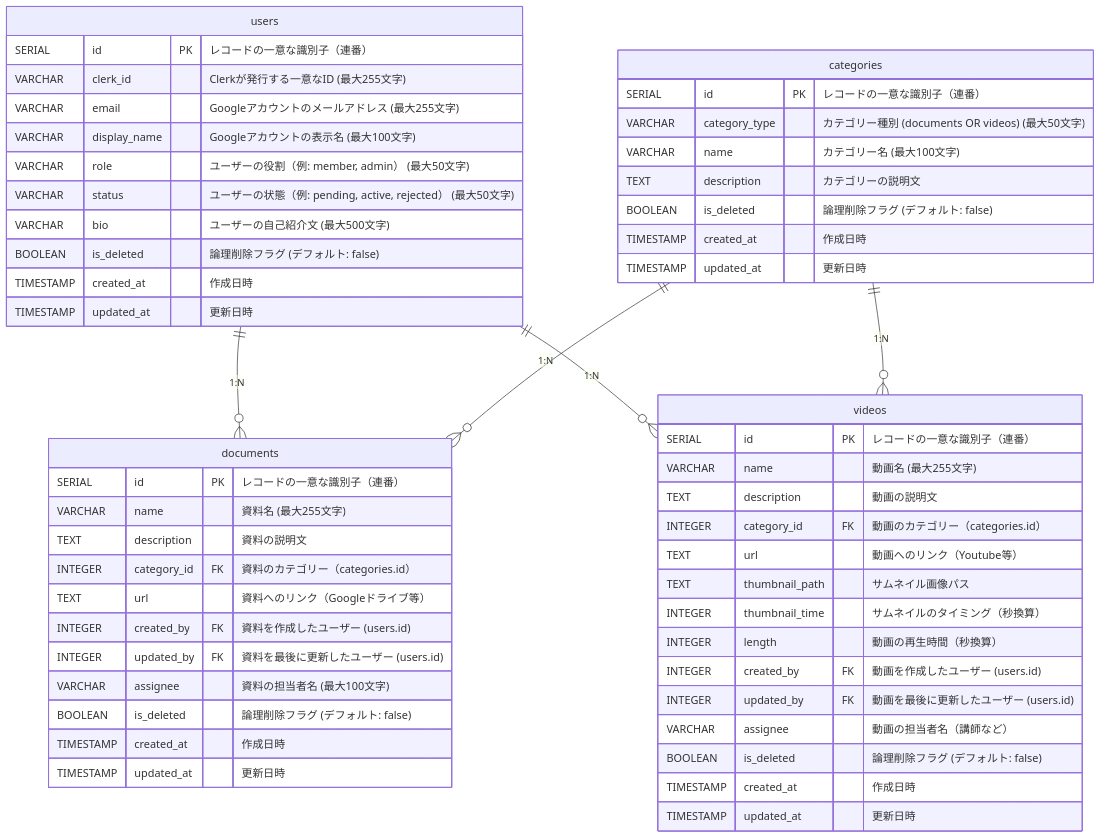
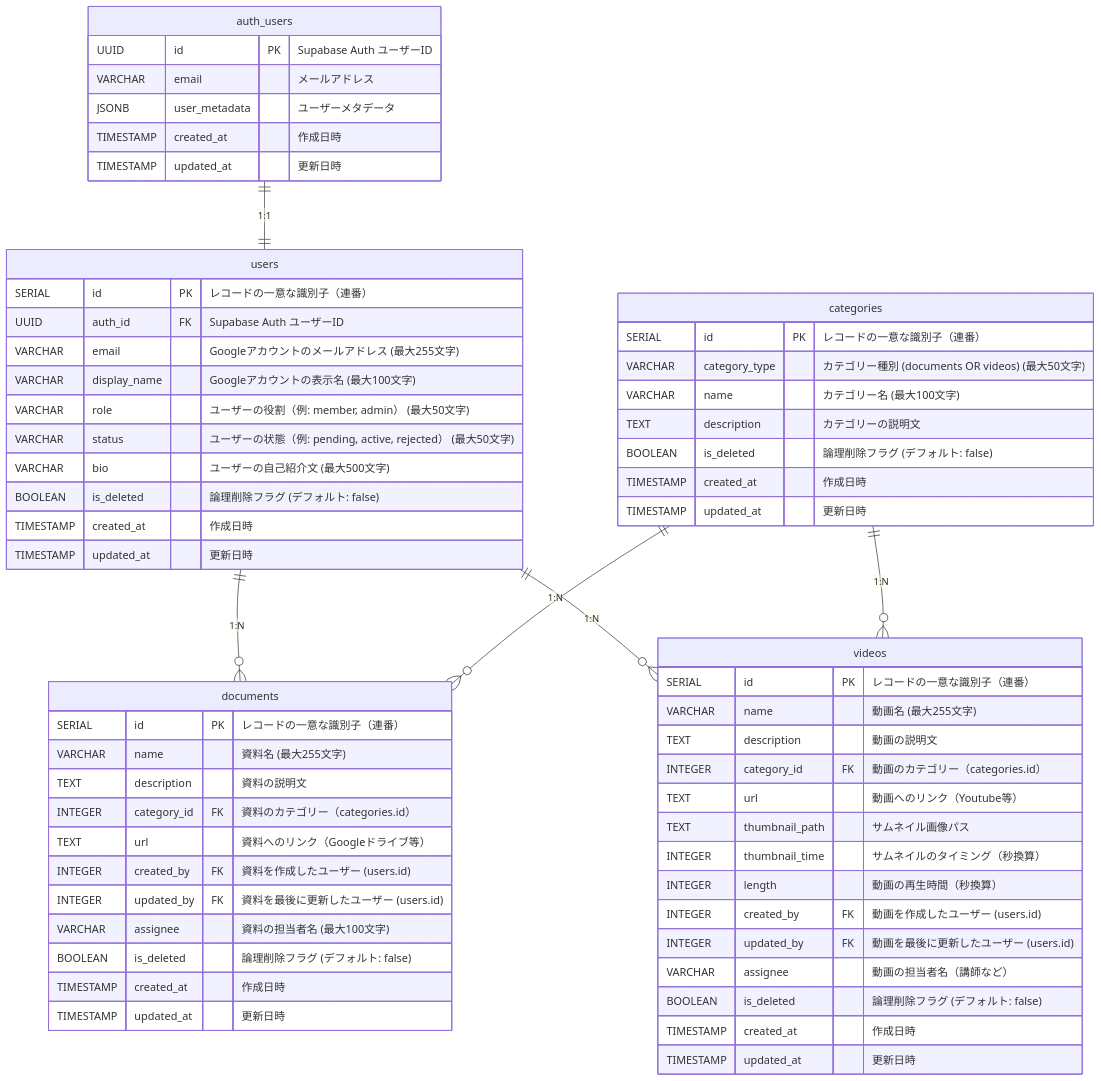
One commit to Singuralitylabs/portal-site changed the diagram in docs/database.md. Above: the diagram before and after it, drawn with Mermaid. The commit also changed other lines of this file and 2 other files, not shown here.

````diff
--- a/docs/database.md
+++ b/docs/database.md
@@ -92,61 +92,70 @@
 ```mermaid
 erDiagram
+    auth_users {
+        UUID id PK "Supabase Auth ユーザーID"
+        VARCHAR email "メールアドレス"
+        JSONB user_metadata "ユーザーメタデータ"
+        TIMESTAMP created_at "作成日時"
+        TIMESTAMP updated_at "更新日時"
+    }
+
     users {
         SERIAL id PK "レコードの一意な識別子（連番）"
-        VARCHAR clerk_id "Clerkが発行する一意なID (最大255文字)"
+        UUID auth_id FK "Supabase Auth ユーザーID"
         VARCHAR email "Googleアカウントのメールアドレス (最大255文字)"
         VARCHAR display_name "Googleアカウントの表示名 (最大100文字)"
         VARCHAR role "ユーザーの役割（例: member, admin） (最大50文字)"
         VARCHAR status "ユーザーの状態（例: pending, active, rejected） (最大50文字)"
         VARCHAR bio "ユーザーの自己紹介文 (最大500文字)"
         BOOLEAN is_deleted "論理削除フラグ (デフォルト: false)"
         TIMESTAMP created_at "作成日時"
         TIMESTAMP updated_at "更新日時"
     }
 
     documents {
         SERIAL id PK "レコードの一意な識別子（連番）"
         VARCHAR name "資料名 (最大255文字)"
         TEXT description "資料の説明文"
         INTEGER category_id FK "資料のカテゴリー（categories.id）"
         TEXT url "資料へのリンク（Googleドライブ等）"
         INTEGER created_by FK "資料を作成したユーザー (users.id)"
         INTEGER updated_by FK "資料を最後に更新したユーザー (users.id)"
         VARCHAR assignee "資料の担当者名 (最大100文字)"
         BOOLEAN is_deleted "論理削除フラグ (デフォルト: false)"
         TIMESTAMP created_at "作成日時"
         TIMESTAMP updated_at "更新日時"
     }
 
     videos {
         SERIAL id PK "レコードの一意な識別子（連番）"
         VARCHAR name "動画名 (最大255文字)"
         TEXT description "動画の説明文"
         INTEGER category_id FK "動画のカテゴリー（categories.id）"
         TEXT url "動画へのリンク（Youtube等）"
         TEXT thumbnail_path "サムネイル画像パス"
         INTEGER thumbnail_time "サムネイルのタイミング（秒換算）"
         INTEGER length "動画の再生時間（秒換算）"
         INTEGER created_by FK "動画を作成したユーザー (users.id)"
         INTEGER updated_by FK "動画を最後に更新したユーザー (users.id)"
         VARCHAR assignee "動画の担当者名（講師など）"
         BOOLEAN is_deleted "論理削除フラグ (デフォルト: false)"
         TIMESTAMP created_at "作成日時"
         TIMESTAMP updated_at "更新日時"
     }
 
     categories {
         SERIAL id PK "レコードの一意な識別子（連番）"
         VARCHAR category_type "カテゴリー種別 (documents OR videos) (最大50文字)"
         VARCHAR name "カテゴリー名 (最大100文字)"
         TEXT description "カテゴリーの説明文"
         BOOLEAN is_deleted "論理削除フラグ (デフォルト: false)"
         TIMESTAMP created_at "作成日時"
         TIMESTAMP updated_at "更新日時"
     }
 
+    auth_users ||--|| users : "1:1"
     users ||--o{ documents : "1:N"
     users ||--o{ videos : "1:N"
     categories ||--o{ documents : "1:N"
     categories ||--o{ videos : "1:N"
 ```
````
